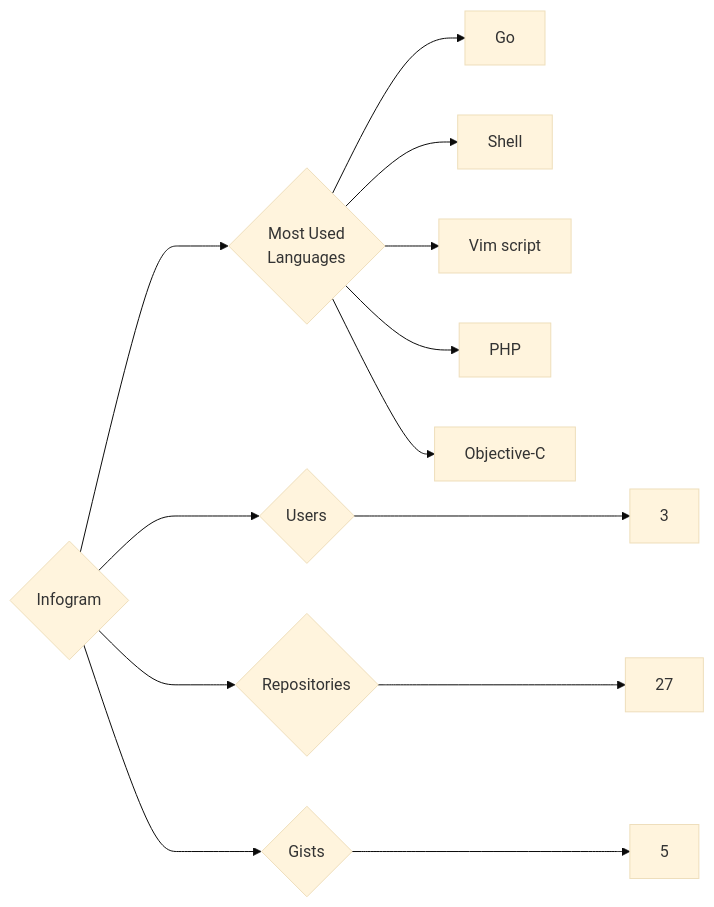
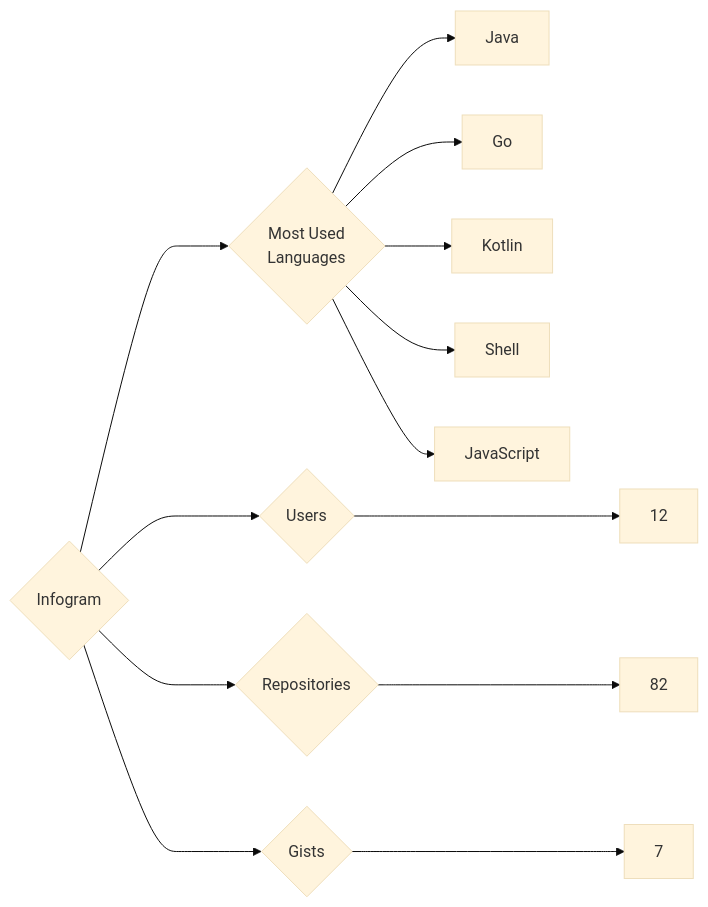
Before and after one commit to trickest/insiders: the diagram in targets/Infogram/README.md, drawn with Mermaid (base theme). The commit also changed 984 other files, not shown here.

````diff
--- a/targets/Infogram/README.md
+++ b/targets/Infogram/README.md
@@ -3,13 +3,13 @@
 ```mermaid
 graph LR
 COMPANY_NAME{Infogram}
-COMPANY_NAME ---> U{Users} ---> UN[3]
-COMPANY_NAME ---> R{Repositories} ---> RN[27]
-COMPANY_NAME ---> G{Gists} ---> GN[5]
+COMPANY_NAME ---> U{Users} ---> UN[12]
+COMPANY_NAME ---> R{Repositories} ---> RN[82]
+COMPANY_NAME ---> G{Gists} ---> GN[7]
 COMPANY_NAME ---> ML{Most Used<br>Languages}
+ML --> Java[Java]
 ML --> Go[Go]
+ML --> Kotlin[Kotlin]
 ML --> Shell[Shell]
-ML --> Vim_script[Vim script]
-ML --> PHP[PHP]
-ML --> Objective-C[Objective-C]
+ML --> JavaScript[JavaScript]
 ```
````
